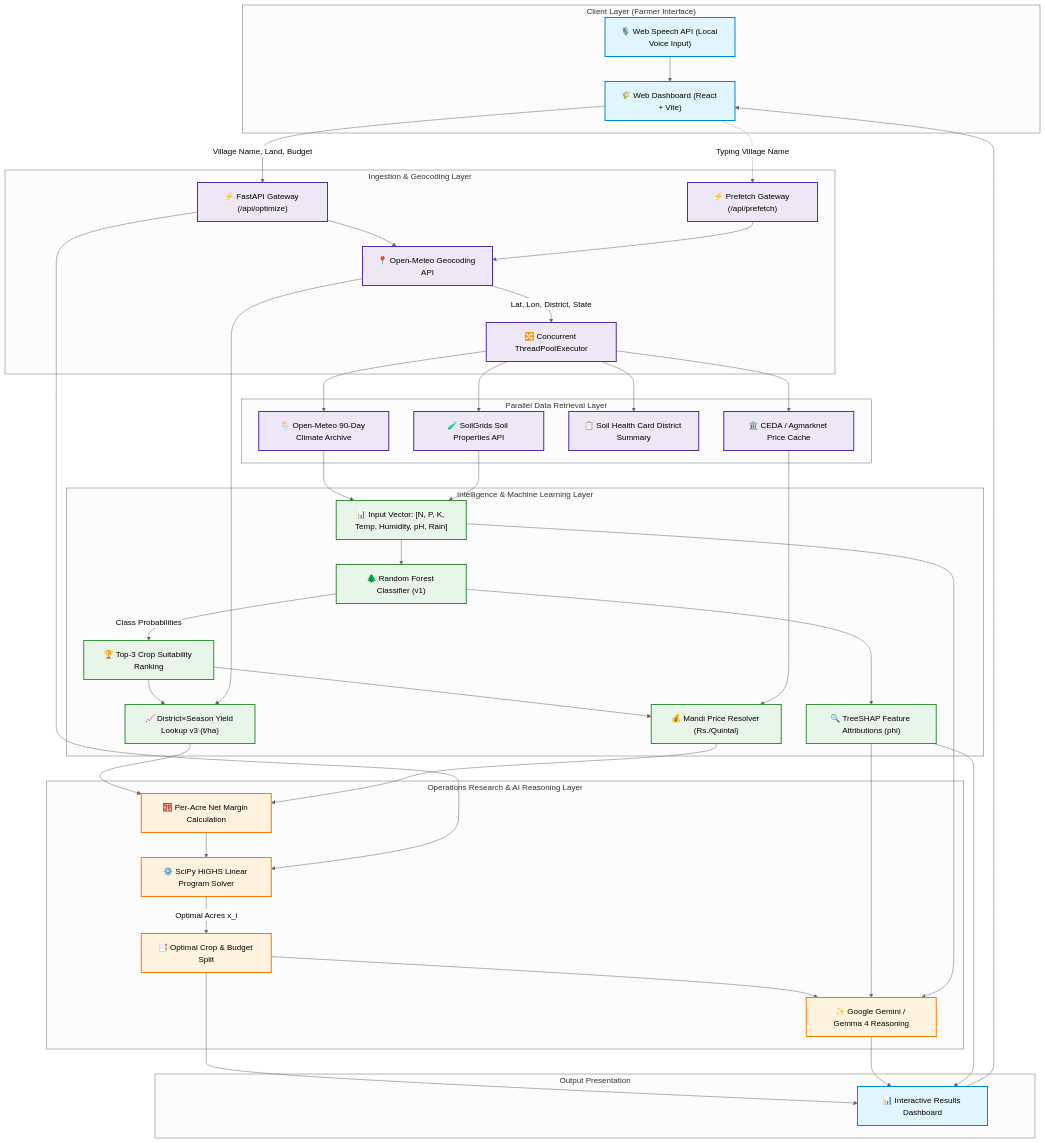
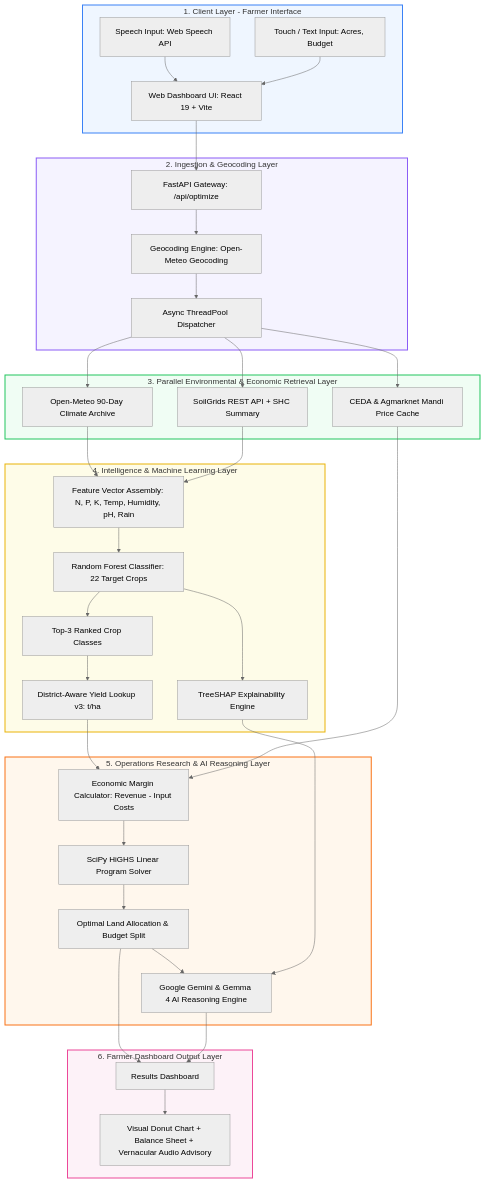
The second of 7 diagrams in PROJECT_REPORT.md (9553943884pavan-alt/Agritech), drawn with Mermaid (neutral theme) before and after one commit. The commit also changed other lines of this file, not shown here.

Commit message:
docs: improve Section 4 architecture Mermaid diagrams and format Section 6.2 classifier results as structured tables

````diff
--- a/PROJECT_REPORT.md
+++ b/PROJECT_REPORT.md
@@ -163,54 +163,50 @@
 ```mermaid
 flowchart TD
-    subgraph ClientLayer ["Client Layer (Farmer Interface)"]
-        UI["🌾 Web Dashboard (React + Vite)"]
-        MIC["🎙️ Web Speech API (Local Voice Input)"]
-        MIC --> UI
+    subgraph ClientLayer ["1. Client Layer - Farmer Interface"]
+        MIC["Speech Input: Web Speech API"] --> UI["Web Dashboard UI: React 19 + Vite"]
+        USER["Touch / Text Input: Acres, Budget"] --> UI
     end
 
-    subgraph IngestionLayer ["Ingestion & Geocoding Layer"]
-        UI -->|Village Name, Land, Budget| API["⚡ FastAPI Gateway (/api/optimize)"]
-        UI -.->|Typing Village Name| PRE["⚡ Prefetch Gateway (/api/prefetch)"]
-        API --> GEO["📍 Open-Meteo Geocoding API"]
-        PRE --> GEO
-        GEO -->|Lat, Lon, District, State| PAR["🔀 Concurrent ThreadPoolExecutor"]
+    subgraph IngestionLayer ["2. Ingestion & Geocoding Layer"]
+        UI --> API["FastAPI Gateway: /api/optimize"]
+        API --> GEO["Geocoding Engine: Open-Meteo Geocoding"]
+        GEO --> DISPATCH["Async ThreadPool Dispatcher"]
     end
 
-    subgraph DataFetchLayer ["Parallel Data Retrieval Layer"]
-        PAR --> WTH["🌦️ Open-Meteo 90-Day Climate Archive"]
-        PAR --> SLG["🧪 SoilGrids Soil Properties API"]
-        PAR --> SHC["📋 Soil Health Card District Summary"]
-        PAR --> CEDA["🏛️ CEDA / Agmarknet Price Cache"]
+    subgraph DataFetchLayer ["3. Parallel Environmental & Economic Retrieval Layer"]
+        DISPATCH --> WTH["Open-Meteo 90-Day Climate Archive"]
+        DISPATCH --> SLG["SoilGrids REST API + SHC Summary"]
+        DISPATCH --> CEDA["CEDA & Agmarknet Mandi Price Cache"]
     end
 
-    subgraph InferenceLayer ["Intelligence & Machine Learning Layer"]
-        WTH & SLG --> FEAT["📊 Input Vector: [N, P, K, Temp, Humidity, pH, Rain]"]
-        FEAT --> RFC["🌲 Random Forest Classifier (v1)"]
-        RFC -->|Class Probabilities| TOP["🏆 Top-3 Crop Suitability Ranking"]
-        RFC --> SHAP["🔍 TreeSHAP Feature Attributions (phi)"]
-        TOP & GEO --> YLD["📈 District×Season Yield Lookup v3 (t/ha)"]
-        TOP & CEDA --> PRC["💰 Mandi Price Resolver (Rs./Quintal)"]
+    subgraph InferenceLayer ["4. Intelligence & Machine Learning Layer"]
+        WTH --> FEAT["Feature Vector Assembly: N, P, K, Temp, Humidity, pH, Rain"]
+        SLG --> FEAT
+        FEAT --> RFC["Random Forest Classifier: 22 Target Crops"]
+        RFC --> TOP["Top-3 Ranked Crop Classes"]
+        RFC --> SHAP["TreeSHAP Explainability Engine"]
+        TOP --> YLD["District-Aware Yield Lookup v3: t/ha"]
     end
 
-    subgraph OptimizationLayer ["Operations Research & AI Reasoning Layer"]
-        YLD & PRC --> ECON["🧮 Per-Acre Net Margin Calculation"]
-        ECON & API --> LP["⚙️ SciPy HiGHS Linear Program Solver"]
-        LP -->|Optimal Acres x_i| ALLOC["📑 Optimal Crop & Budget Split"]
-        ALLOC & SHAP & FEAT --> GEMINI["✨ Google Gemini / Gemma 4 Reasoning"]
+    subgraph OptimizationLayer ["5. Operations Research & AI Reasoning Layer"]
+        YLD --> ECON["Economic Margin Calculator: Revenue - Input Costs"]
+        CEDA --> ECON
+        ECON --> LP["SciPy HiGHS Linear Program Solver"]
+        LP --> ALLOC["Optimal Land Allocation & Budget Split"]
+        ALLOC --> GEMINI["Google Gemini & Gemma 4 AI Reasoning Engine"]
+        SHAP --> GEMINI
     end
 
-    subgraph PresentationLayer ["Output Presentation"]
-        ALLOC & GEMINI & SHAP --> DASH["📊 Interactive Results Dashboard"]
-        DASH --> UI
+    subgraph PresentationLayer ["6. Farmer Dashboard Output Layer"]
+        ALLOC --> DASH["Results Dashboard"]
+        GEMINI --> DASH
+        DASH --> OUT["Visual Donut Chart + Balance Sheet + Vernacular Audio Advisory"]
     end
 
-    classDef client fill:#e1f5fe,stroke:#0288d1,stroke-width:2px;
-    classDef service fill:#ede7f6,stroke:#512da8,stroke-width:2px;
-    classDef ml fill:#e8f5e9,stroke:#388e3c,stroke-width:2px;
-    classDef opt fill:#fff3e0,stroke:#f57c00,stroke-width:2px;
-
-    class UI,MIC,DASH client;
-    class API,PRE,GEO,PAR,WTH,SLG,SHC,CEDA service;
-    class FEAT,RFC,TOP,SHAP,YLD,PRC ml;
-    class ECON,LP,ALLOC,GEMINI opt;
+    style ClientLayer fill:#eff6ff,stroke:#3b82f6,stroke-width:2px
+    style IngestionLayer fill:#f5f3ff,stroke:#8b5cf6,stroke-width:2px
+    style DataFetchLayer fill:#f0fdf4,stroke:#22c55e,stroke-width:2px
+    style InferenceLayer fill:#fefce8,stroke:#eab308,stroke-width:2px
+    style OptimizationLayer fill:#fff7ed,stroke:#f97316,stroke-width:2px
+    style PresentationLayer fill:#fdf2f8,stroke:#ec4899,stroke-width:2px
 ```
````
